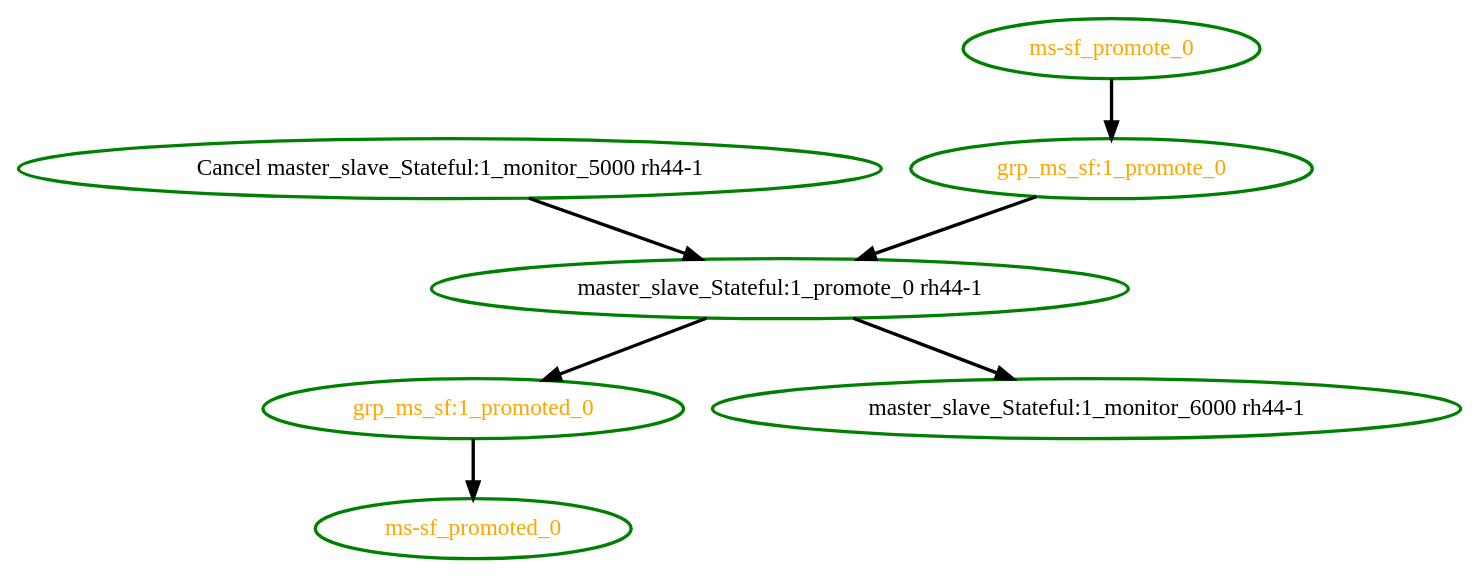
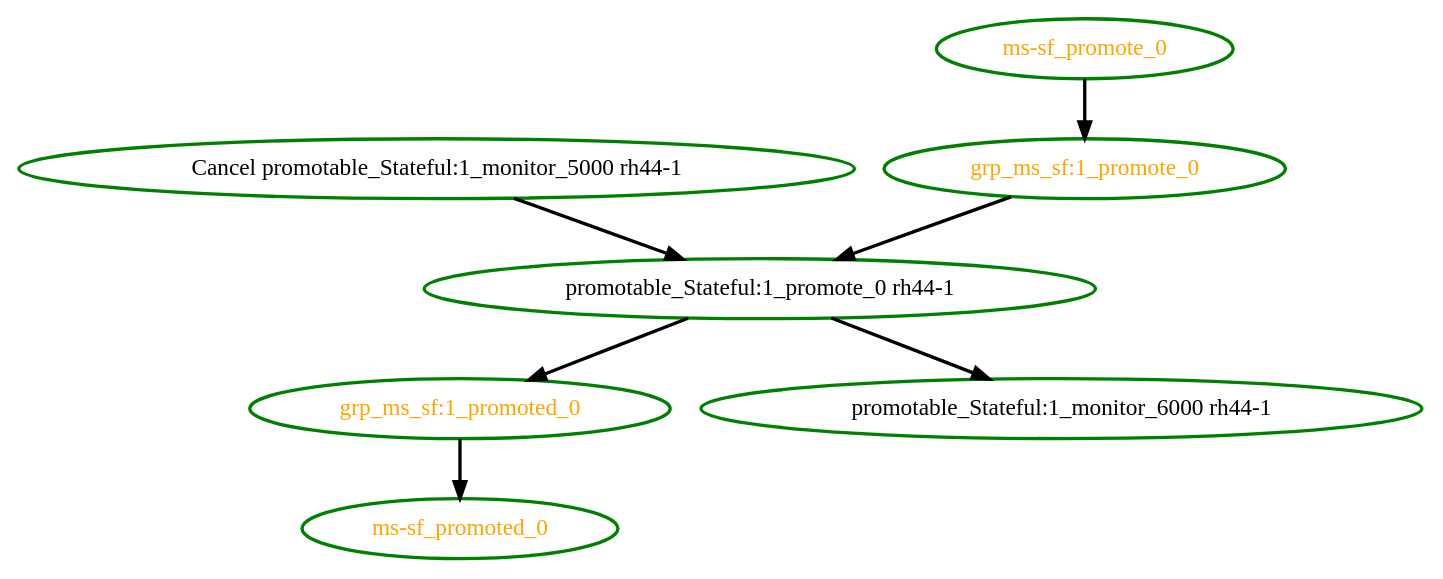
One commit to ClusterLabs/pacemaker changed the diagram in cts/scheduler/dot/promoted-group.dot. Above: the diagram before and after it, drawn with Graphviz. The commit also changed 9 other files, not shown here.

```diff
--- a/cts/scheduler/dot/promoted-group.dot
+++ b/cts/scheduler/dot/promoted-group.dot
@@ -1,15 +1,15 @@
  digraph "g" {
-"Cancel master_slave_Stateful:1_monitor_5000 rh44-1" -> "master_slave_Stateful:1_promote_0 rh44-1" [ style = bold]
-"Cancel master_slave_Stateful:1_monitor_5000 rh44-1" [ style=bold color="green" fontcolor="black"]
-"grp_ms_sf:1_promote_0" -> "master_slave_Stateful:1_promote_0 rh44-1" [ style = bold]
+"Cancel promotable_Stateful:1_monitor_5000 rh44-1" -> "promotable_Stateful:1_promote_0 rh44-1" [ style = bold]
+"Cancel promotable_Stateful:1_monitor_5000 rh44-1" [ style=bold color="green" fontcolor="black"]
+"grp_ms_sf:1_promote_0" -> "promotable_Stateful:1_promote_0 rh44-1" [ style = bold]
 "grp_ms_sf:1_promote_0" [ style=bold color="green" fontcolor="orange"]
 "grp_ms_sf:1_promoted_0" -> "ms-sf_promoted_0" [ style = bold]
 "grp_ms_sf:1_promoted_0" [ style=bold color="green" fontcolor="orange"]
-"master_slave_Stateful:1_monitor_6000 rh44-1" [ style=bold color="green" fontcolor="black"]
-"master_slave_Stateful:1_promote_0 rh44-1" -> "grp_ms_sf:1_promoted_0" [ style = bold]
-"master_slave_Stateful:1_promote_0 rh44-1" -> "master_slave_Stateful:1_monitor_6000 rh44-1" [ style = bold]
-"master_slave_Stateful:1_promote_0 rh44-1" [ style=bold color="green" fontcolor="black"]
 "ms-sf_promote_0" -> "grp_ms_sf:1_promote_0" [ style = bold]
 "ms-sf_promote_0" [ style=bold color="green" fontcolor="orange"]
 "ms-sf_promoted_0" [ style=bold color="green" fontcolor="orange"]
+"promotable_Stateful:1_monitor_6000 rh44-1" [ style=bold color="green" fontcolor="black"]
+"promotable_Stateful:1_promote_0 rh44-1" -> "grp_ms_sf:1_promoted_0" [ style = bold]
+"promotable_Stateful:1_promote_0 rh44-1" -> "promotable_Stateful:1_monitor_6000 rh44-1" [ style = bold]
+"promotable_Stateful:1_promote_0 rh44-1" [ style=bold color="green" fontcolor="black"]
 }
```
